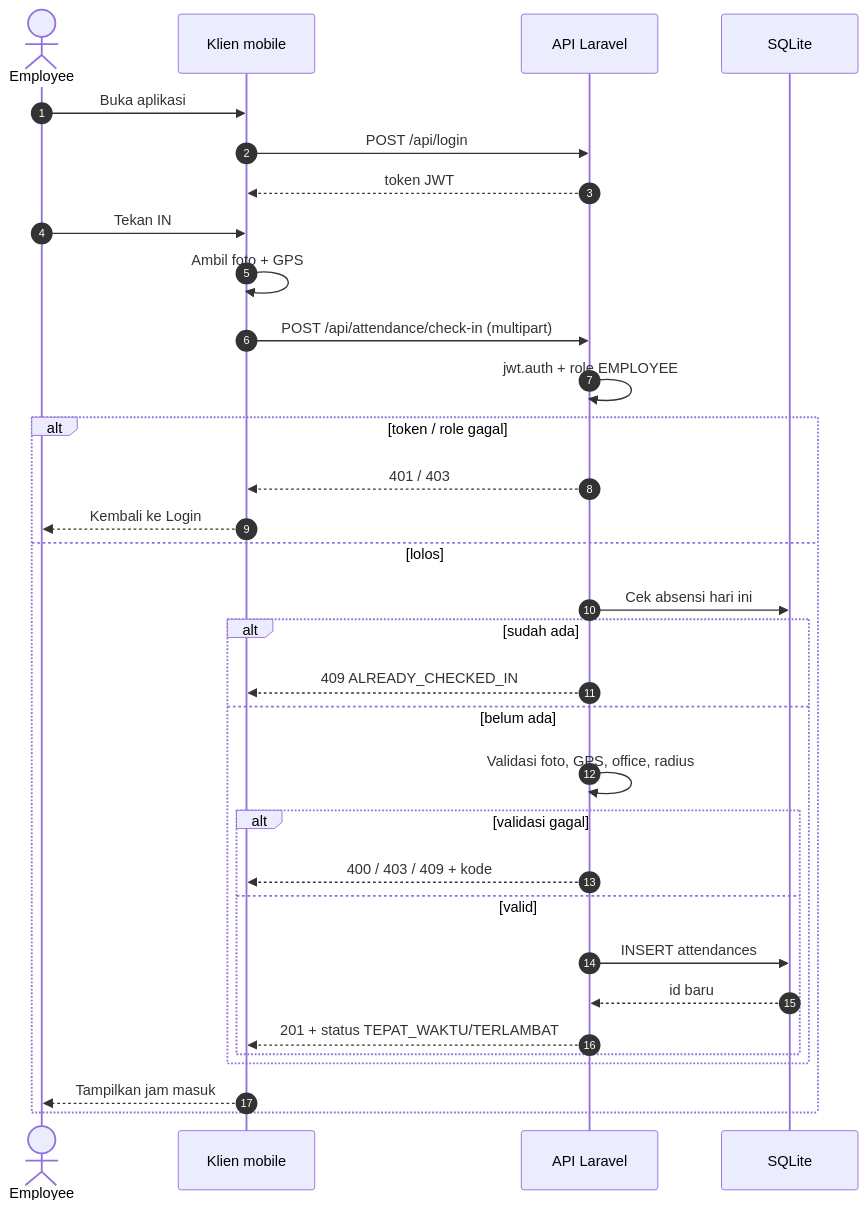
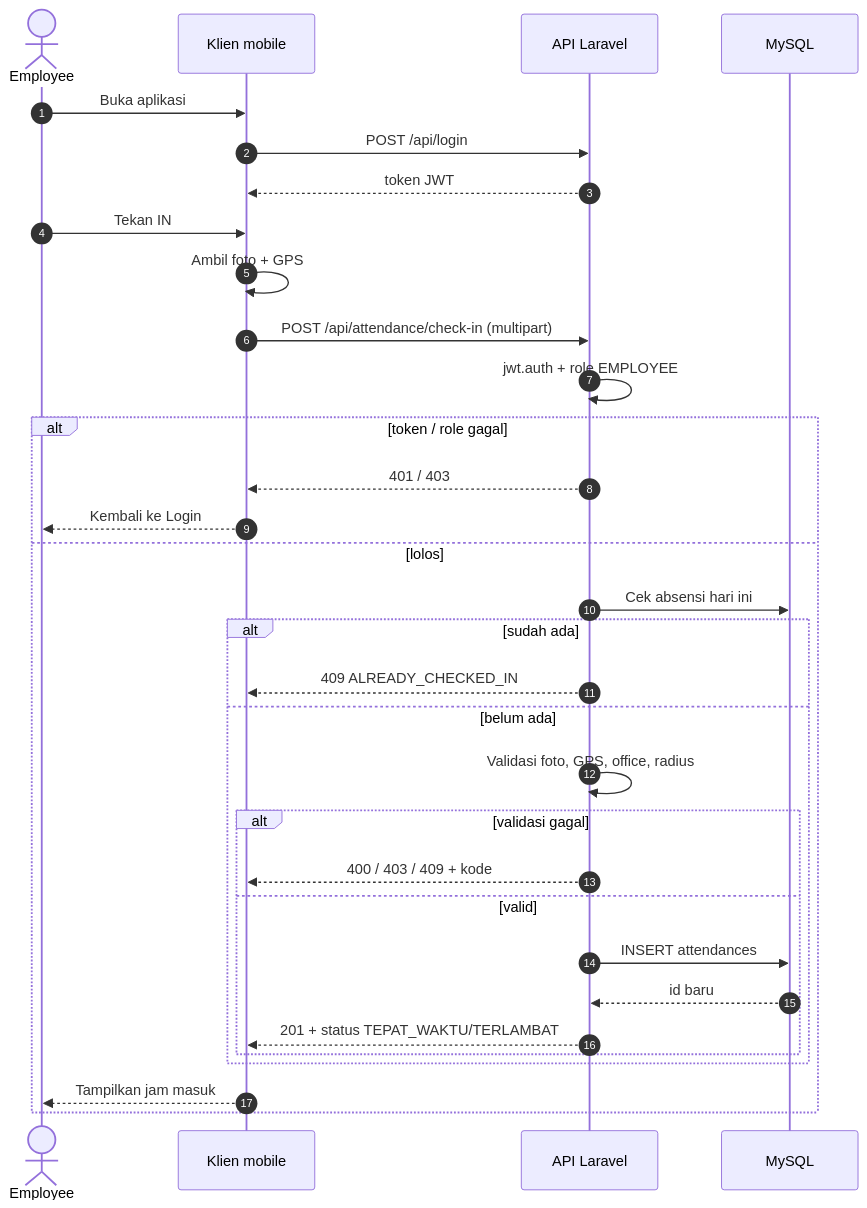
Before and after one commit to faizmarwan2/Project1: the second of 7 diagrams in docs/project-a/08-Business-Process-Documentation.md, drawn with Mermaid. The commit also changed other lines of this file and 20 other files, not shown here.

````diff
--- a/docs/project-a/08-Business-Process-Documentation.md
+++ b/docs/project-a/08-Business-Process-Documentation.md
@@ -103,35 +103,35 @@
 ```mermaid
 sequenceDiagram
     autonumber
     actor E as Employee
     participant M as Klien mobile
     participant A as API Laravel
-    participant DB as SQLite
+    participant DB as MySQL
 
     E->>M: Buka aplikasi
     M->>A: POST /api/login
     A-->>M: token JWT
     E->>M: Tekan IN
     M->>M: Ambil foto + GPS
     M->>A: POST /api/attendance/check-in (multipart)
     A->>A: jwt.auth + role EMPLOYEE
     alt token / role gagal
         A-->>M: 401 / 403
         M-->>E: Kembali ke Login
     else lolos
         A->>DB: Cek absensi hari ini
         alt sudah ada
             A-->>M: 409 ALREADY_CHECKED_IN
         else belum ada
             A->>A: Validasi foto, GPS, office, radius
             alt validasi gagal
                 A-->>M: 400 / 403 / 409 + kode
             else valid
                 A->>DB: INSERT attendances
                 DB-->>A: id baru
                 A-->>M: 201 + status TEPAT_WAKTU/TERLAMBAT
             end
         end
         M-->>E: Tampilkan jam masuk
     end
 ```
````
